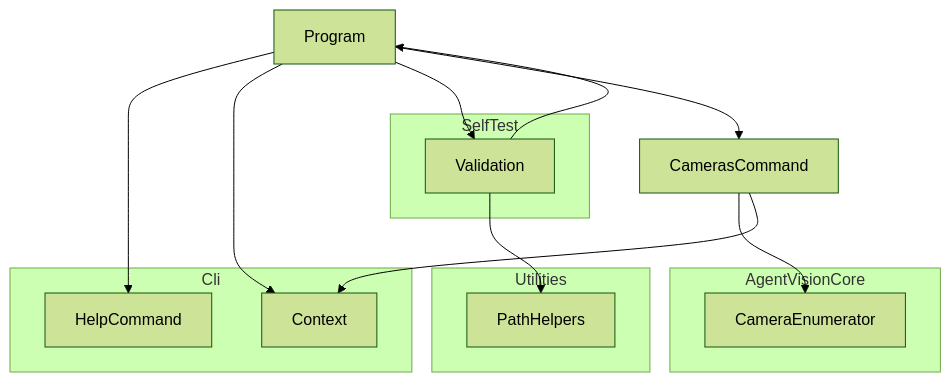
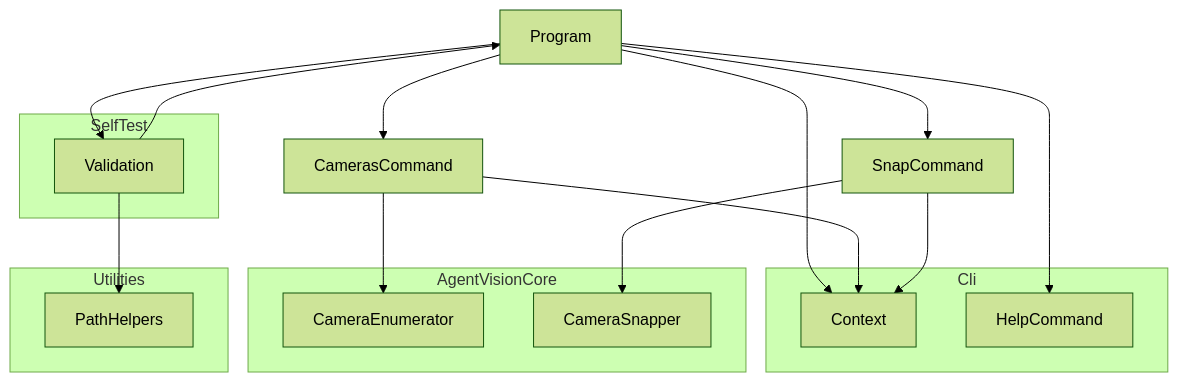
The diagram in docs/design/agent-vision-tool.md (demaconsulting/AgentVision), drawn with Mermaid (forest theme) before and after one commit. The commit also changed other lines of this file and 43 other files, not shown here.

First line of the commit message:
Add snap command to AgentVision.Tool

````diff
--- a/docs/design/agent-vision-tool.md
+++ b/docs/design/agent-vision-tool.md
@@ -13,26 +13,31 @@
 ```mermaid
 flowchart TD
     Program
     CamerasCommand
+    SnapCommand
     subgraph Cli
         Context
         HelpCommand
     end
     subgraph SelfTest
         Validation
     end
     subgraph Utilities
         PathHelpers
     end
     subgraph AgentVisionCore
         CameraEnumerator
+        CameraSnapper
     end
     Program --> HelpCommand
     Program --> Context
     Program --> Validation
     Program --> CamerasCommand
     CamerasCommand --> CameraEnumerator
     CamerasCommand --> Context
+    Program --> SnapCommand
+    SnapCommand --> CameraSnapper
+    SnapCommand --> Context
     Validation --> Program
     Validation --> PathHelpers
 ```
````
